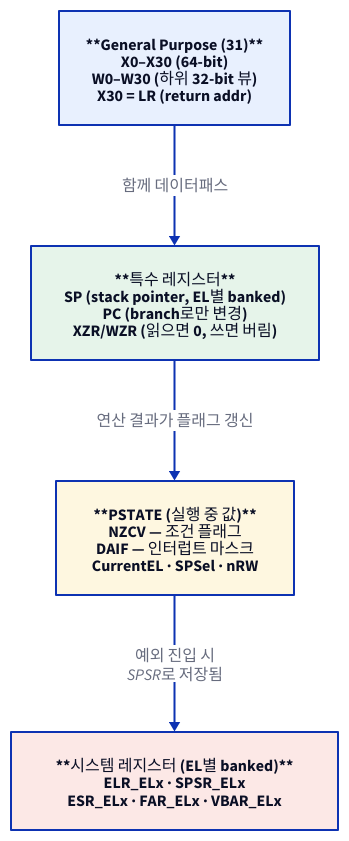
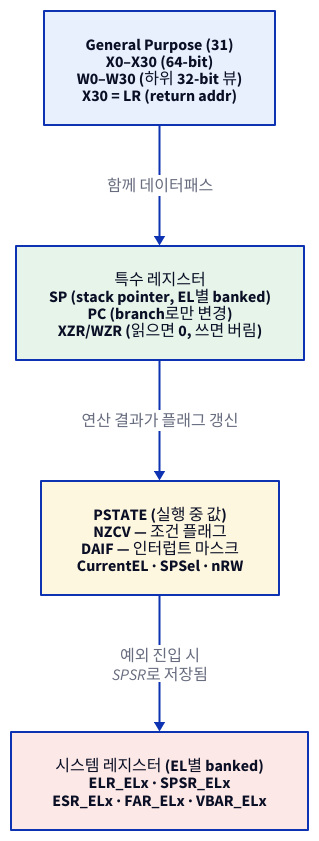
Before and after one commit to humbleowl39/DV_SKOOL: the first of 2 diagrams in starlight_site/src/content/docs/cpu_arm/02_registers_pstate.md, drawn with D2. The commit also changed other lines of this file and 714 other files, not shown here.

First line of the commit message:
fix(site): d2 다이어그램 가독성 결함 6종 일괄 수정

````diff
--- a/starlight_site/src/content/docs/cpu_arm/02_registers_pstate.md
+++ b/starlight_site/src/content/docs/cpu_arm/02_registers_pstate.md
@@ -47,24 +47,24 @@
 ```d2
 direction: down
 
-GPR: "**General Purpose (31)**\nX0–X30 (64-bit)\nW0–W30 (하위 32-bit 뷰)\nX30 = LR (return addr)" {
+GPR: "General Purpose (31)\nX0–X30 (64-bit)\nW0–W30 (하위 32-bit 뷰)\nX30 = LR (return addr)" {
   style.fill: "#e8f0fe"
   style.font-color: "#0A0F25"
 }
-SPEC: "**특수 레지스터**\nSP (stack pointer, EL별 banked)\nPC (branch로만 변경)\nXZR/WZR (읽으면 0, 쓰면 버림)" {
+SPEC: "특수 레지스터\nSP (stack pointer, EL별 banked)\nPC (branch로만 변경)\nXZR/WZR (읽으면 0, 쓰면 버림)" {
   style.fill: "#e6f4ea"
   style.font-color: "#0A0F25"
 }
-PSTATE: "**PSTATE (실행 중 값)**\nNZCV — 조건 플래그\nDAIF — 인터럽트 마스크\nCurrentEL · SPSel · nRW" {
+PSTATE: "PSTATE (실행 중 값)\nNZCV — 조건 플래그\nDAIF — 인터럽트 마스크\nCurrentEL · SPSel · nRW" {
   style.fill: "#fef7e0"
   style.font-color: "#0A0F25"
 }
-SYS: "**시스템 레지스터 (EL별 banked)**\nELR_ELx · SPSR_ELx\nESR_ELx · FAR_ELx · VBAR_ELx" {
+SYS: "시스템 레지스터 (EL별 banked)\nELR_ELx · SPSR_ELx\nESR_ELx · FAR_ELx · VBAR_ELx" {
   style.fill: "#fce8e6"
   style.font-color: "#0A0F25"
 }
 
 GPR -> SPEC: "함께 데이터패스"
 SPEC -> PSTATE: "연산 결과가 플래그 갱신"
 PSTATE -> SYS: "예외 진입 시\nSPSR로 저장됨"
 ```
````
